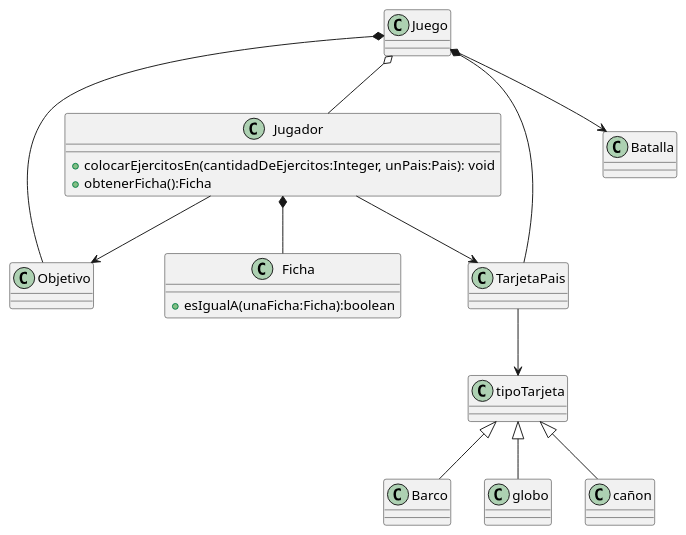
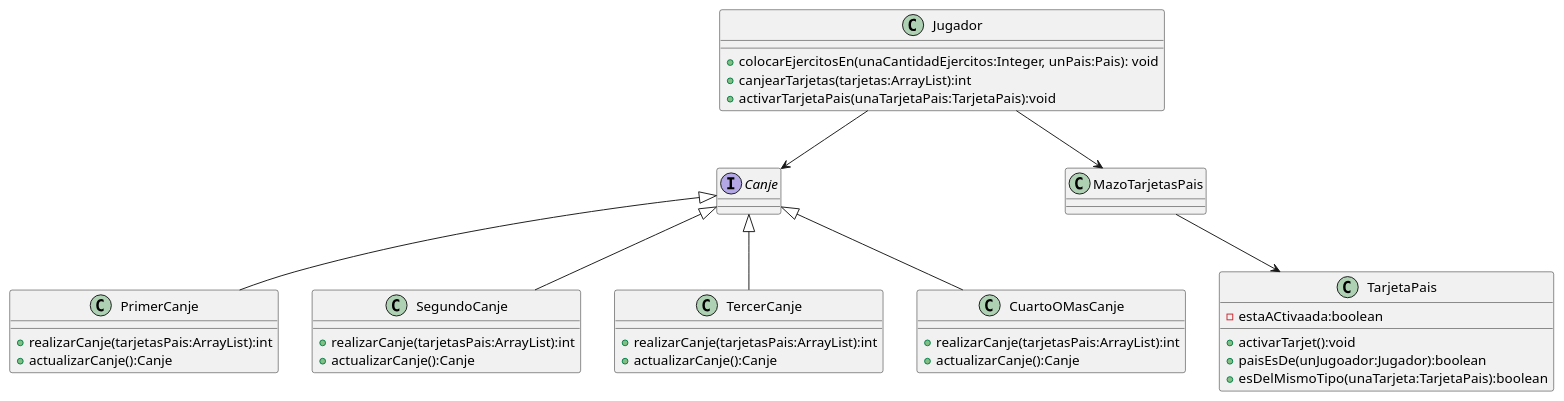
Before and after one commit to Cristianfca197/altego: the diagram in src/main/diagramas_puml/DiagramaDeClasesJugador.puml, drawn with PlantUML. The commit also changed 7 other files, not shown here.

```diff
--- a/src/main/diagramas_puml/DiagramaDeClasesJugador.puml
+++ b/src/main/diagramas_puml/DiagramaDeClasesJugador.puml
@@ -1,25 +1,44 @@
 @startuml
 
 class Jugador{
-    + colocarEjercitosEn(cantidadDeEjercitos:Integer, unPais:Pais): void
-    + obtenerFicha():Ficha
+    + colocarEjercitosEn(unaCantidadEjercitos:Integer, unPais:Pais): void
+    +canjearTarjetas(tarjetas:ArrayList):int
+    +activarTarjetaPais(unaTarjetaPais:TarjetaPais):void
+
 }
-class Ficha{
-    + esIgualA(unaFicha:Ficha):boolean
+interface Canje{
 }
-Juego o-- Jugador
-Jugador *-- Ficha
-Jugador --> Objetivo
-Jugador -->TarjetaPais
+class PrimerCanje{
+    + realizarCanje(tarjetasPais:ArrayList):int
+    +actualizarCanje():Canje
+}
+class SegundoCanje{
+    + realizarCanje(tarjetasPais:ArrayList):int
+    +actualizarCanje():Canje
+}
+class TercerCanje{
+    + realizarCanje(tarjetasPais:ArrayList):int
+    +actualizarCanje():Canje
+}
+class CuartoOMasCanje{
+    + realizarCanje(tarjetasPais:ArrayList):int
+    +actualizarCanje():Canje
+}
+class TarjetaPais{
+    - estaACtivaada:boolean
+    + activarTarjet():void
+    + paisEsDe(unJugoador:Jugador):boolean
+    + esDelMismoTipo(unaTarjeta:TarjetaPais):boolean
+}
 
-Juego *-- TarjetaPais
-TarjetaPais --> tipoTarjeta
-tipoTarjeta <|-- Barco
-tipoTarjeta <|-- globo
-tipoTarjeta <|-- cañon
+Jugador --> Canje
+Canje <|--PrimerCanje
+Canje <|--SegundoCanje
+Canje <|--TercerCanje
+Canje <|--CuartoOMasCanje
 
-Juego *-- Objetivo
-Juego --> Batalla
+Jugador --> MazoTarjetasPais
+MazoTarjetasPais --> TarjetaPais
 
 
 @enduml
```
